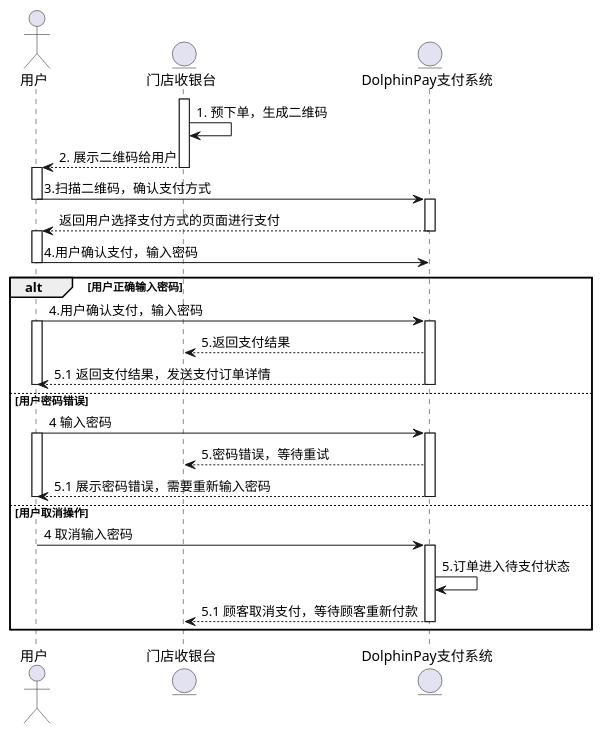
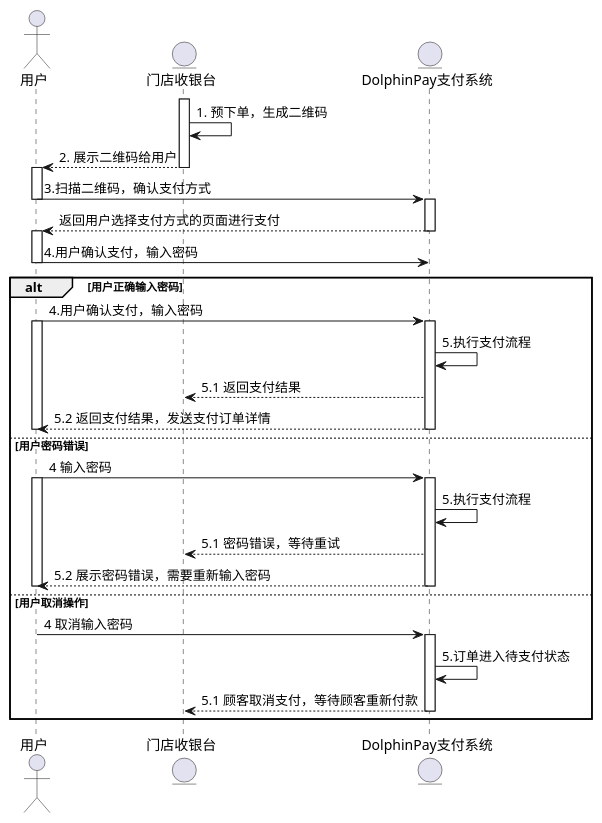
One commit to zhouchiji/statsthinking21-python changed the diagram in product/dolphin_pay_native.puml. Above: the diagram before and after it, drawn with PlantUML.

Commit message:
change 逻辑

```diff
--- a/product/dolphin_pay_native.puml
+++ b/product/dolphin_pay_native.puml
@@ -1,42 +1,44 @@
 @startuml
 actor       用户          as USER
 entity      门店收银台       as CHECKOUT
 entity      DolphinPay支付系统       as PAY
 
 activate CHECKOUT
 CHECKOUT -> CHECKOUT: 1. 预下单，生成二维码
 CHECKOUT --> USER: 2. 展示二维码给用户
 deactivate CHECKOUT
 activate USER
 USER -> PAY: 3.扫描二维码，确认支付方式
 deactivate USER
 activate PAY
 PAY --> USER: 返回用户选择支付方式的页面进行支付
 deactivate PAY
 activate USER
 USER -> PAY: 4.用户确认支付，输入密码
 deactivate USER
 alt 用户正确输入密码
     USER -> PAY: 4.用户确认支付，输入密码
     activate USER
     activate PAY
-    PAY --> CHECKOUT: 5.返回支付结果
-    PAY --> USER: 5.1 返回支付结果，发送支付订单详情
+    PAY -> PAY: 5.执行支付流程
+    PAY --> CHECKOUT: 5.1 返回支付结果
+    PAY --> USER: 5.2 返回支付结果，发送支付订单详情
     deactivate PAY
     deactivate USER
 else 用户密码错误
     USER -> PAY: 4 输入密码
     activate USER
     activate PAY
-    PAY --> CHECKOUT: 5.密码错误，等待重试
-    PAY --> USER: 5.1 展示密码错误，需要重新输入密码
+    PAY -> PAY: 5.执行支付流程
+    PAY --> CHECKOUT: 5.1 密码错误，等待重试
+    PAY --> USER: 5.2 展示密码错误，需要重新输入密码
     deactivate PAY
     deactivate USER
 else 用户取消操作
     USER -> PAY: 4 取消输入密码
     activate PAY
     PAY -> PAY: 5.订单进入待支付状态
     PAY --> CHECKOUT: 5.1 顾客取消支付，等待顾客重新付款
     deactivate PAY
 end
 @enduml
```
